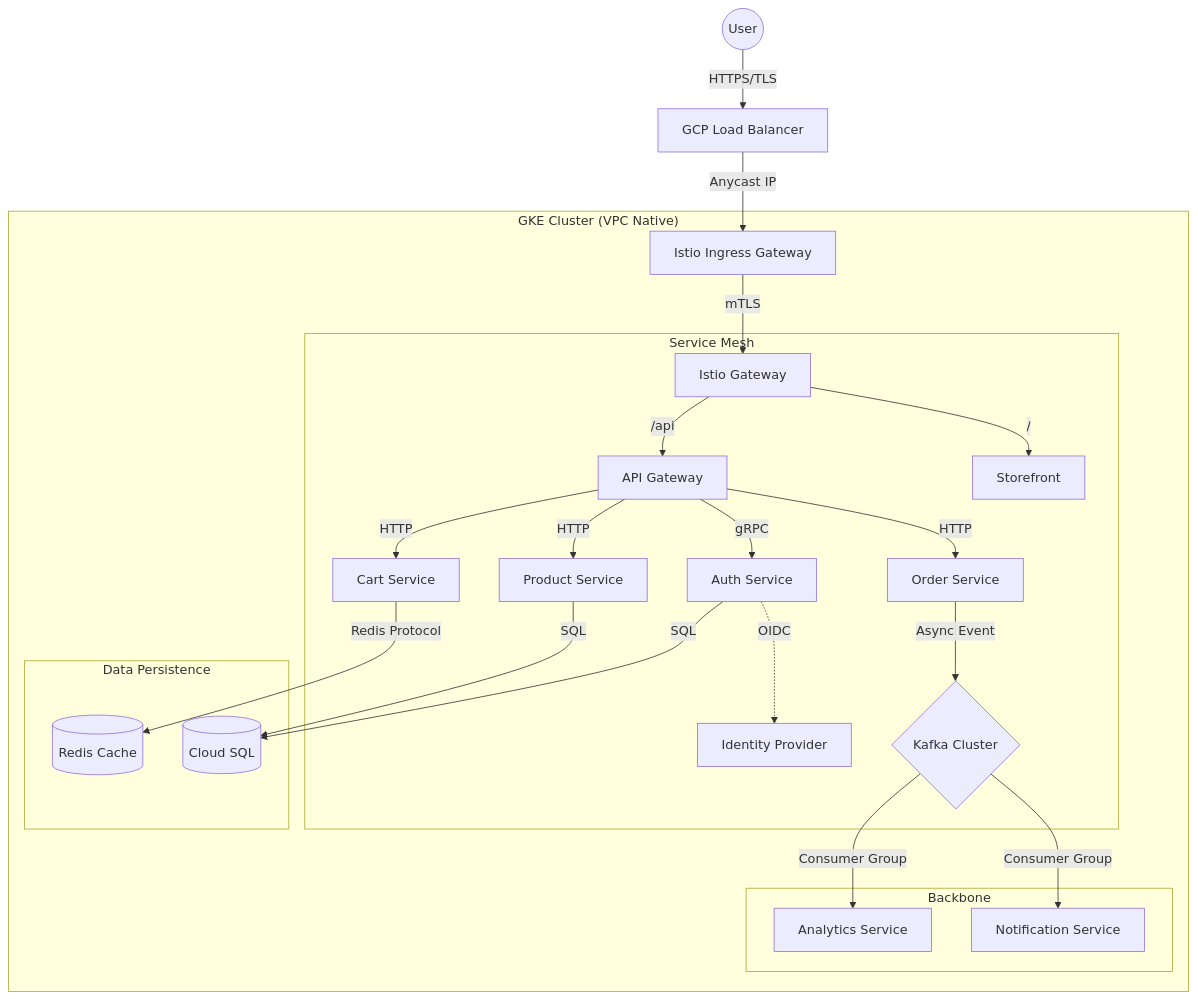
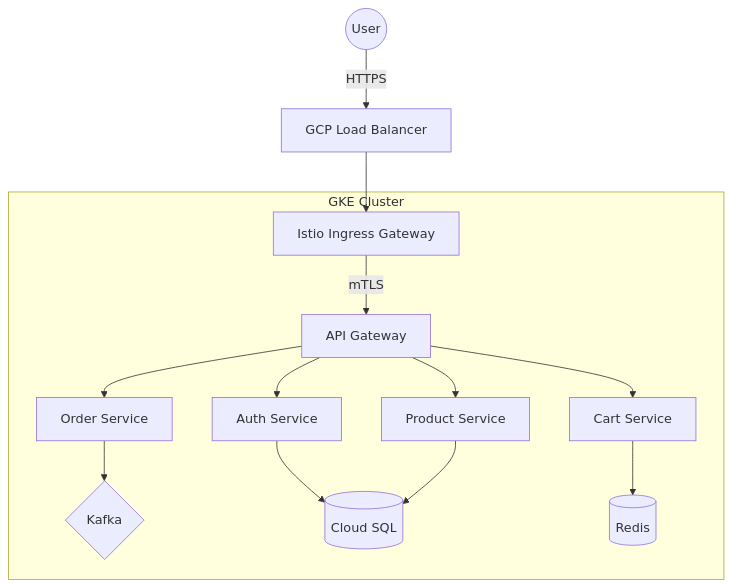
The diagram in README.md (Moiz-Ali-Moomin/microservice-ecommerce-gcp-cloud-gke-setup), drawn with Mermaid before and after one commit. The commit also changed other lines of this file, not shown here.

````diff
--- a/README.md
+++ b/README.md
@@ -22,34 +35,20 @@
 ```mermaid
 graph TD
-    User((User)) -->|HTTPS/TLS| LB[GCP Load Balancer]
-    LB -->|Anycast IP| Ingress[Istio Ingress Gateway]
-    
-    subgraph "GKE Cluster (VPC Native)"
-        Ingress -->|mTLS| Gateway[Istio Gateway]
-        
-        subgraph "Service Mesh"
-            Gateway -->|/api| API[API Gateway]
-            Gateway -->|/| Web[Storefront]
-            
-            API -->|gRPC| Auth[Auth Service]
-            API -->|HTTP| Cart[Cart Service]
-            API -->|HTTP| Product[Product Service]
-            API -->|HTTP| Order[Order Service]
-            
-            Auth -.->|OIDC| IDP[Identity Provider]
-            
-            Order -->|Async Event| Kafka{Kafka Cluster}
-        end
-        
-        subgraph "Data Persistence"
-            Cart -->|Redis Protocol| Redis[(Redis Cache)]
-            Auth -->|SQL| DB[(Cloud SQL)]
-            Product -->|SQL| DB
-        end
-        
-        subgraph "Backbone"
-            Kafka -->|Consumer Group| Analytics[Analytics Service]
-            Kafka -->|Consumer Group| Notif[Notification Service]
-        end
+    User((User)) -->|HTTPS| LB[GCP Load Balancer]
+    LB --> Ingress[Istio Ingress Gateway]
+
+    subgraph "GKE Cluster"
+        Ingress -->|mTLS| API[API Gateway]
+
+        API --> Auth[Auth Service]
+        API --> Product[Product Service]
+        API --> Cart[Cart Service]
+        API --> Order[Order Service]
+
+        Order --> Kafka{Kafka}
+
+        Auth --> Postgres[(Cloud SQL)]
+        Product --> Postgres
+        Cart --> Redis[(Redis)]
     end
 ```
````
